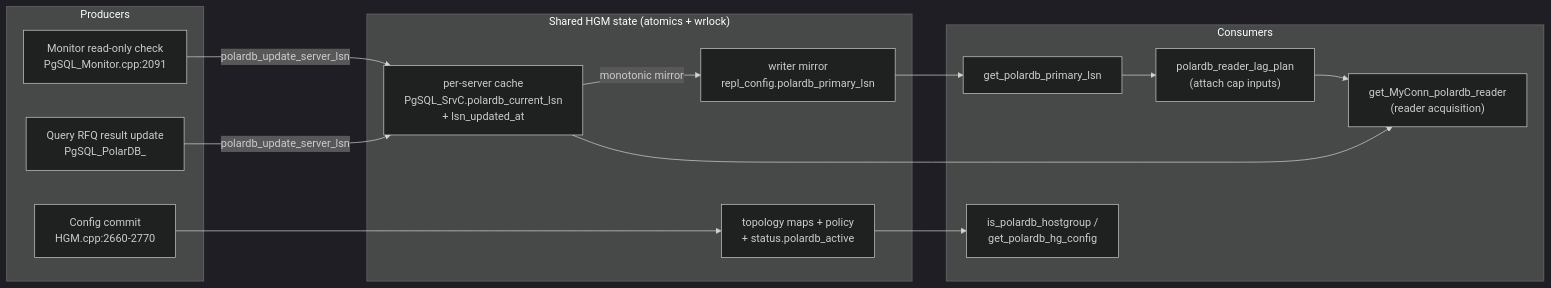
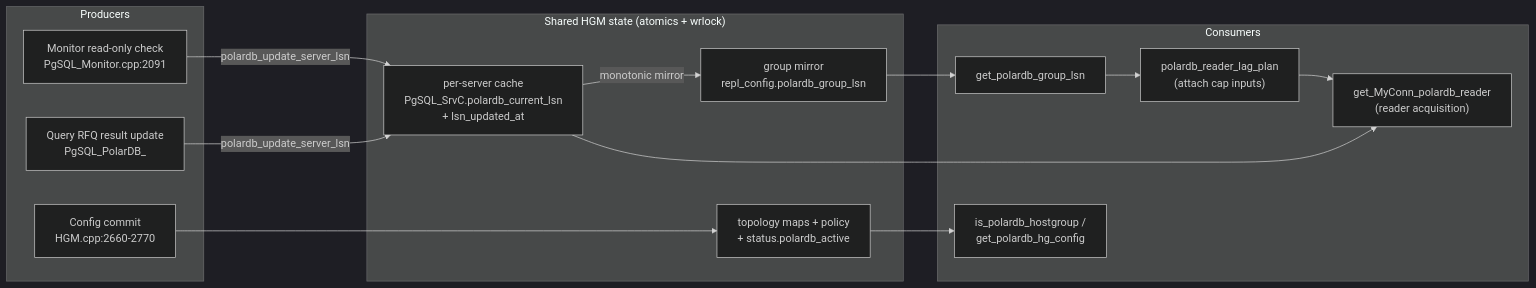
The first of 4 diagrams in doc/polardb-arch/05-MONITOR-AND-HGM-LSN-STATE.md (awide-labs/polar-proxy), drawn with Mermaid (dark theme) before and after one commit. The commit also changed other lines of this file and 29 other files, not shown here.

First line of the commit message:
docs(polardb): document v15_wait extended query flow

````diff
--- a/doc/polardb-arch/05-MONITOR-AND-HGM-LSN-STATE.md
+++ b/doc/polardb-arch/05-MONITOR-AND-HGM-LSN-STATE.md
@@ -574,28 +574,28 @@
 ```mermaid
 flowchart LR
     subgraph Producers
       MON["Monitor read-only check<br/>PgSQL_Monitor.cpp:2091"]
       RFQ["Query RFQ result update<br/>PgSQL_PolarDB_"]
       CFG["Config commit<br/>HGM.cpp:2660-2770"]
     end
     subgraph HGM["Shared HGM state (atomics + wrlock)"]
       CACHE["per-server cache<br/>PgSQL_SrvC.polardb_current_lsn<br/>+ lsn_updated_at"]
-      MIRROR["writer mirror<br/>repl_config.polardb_primary_lsn"]
+      MIRROR["group mirror<br/>repl_config.polardb_group_lsn"]
       MAPS["topology maps + policy<br/>+ status.polardb_active"]
     end
     subgraph Consumers
       ACQ["get_MyConn_polardb_reader<br/>(reader acquisition)"]
-      PRIM["get_polardb_primary_lsn"]
+      PRIM["get_polardb_group_lsn"]
       PLAN["polardb_reader_lag_plan<br/>(attach cap inputs)"]
       CFGACC["is_polardb_hostgroup /<br/>get_polardb_hg_config"]
     end
     MON -->|polardb_update_server_lsn| CACHE
     RFQ -->|polardb_update_server_lsn| CACHE
     CACHE -->|monotonic mirror| MIRROR
     CFG --> MAPS
     CACHE --> ACQ
     MIRROR --> PRIM
     PRIM --> PLAN
     PLAN --> ACQ
     MAPS --> CFGACC
 ```
````
